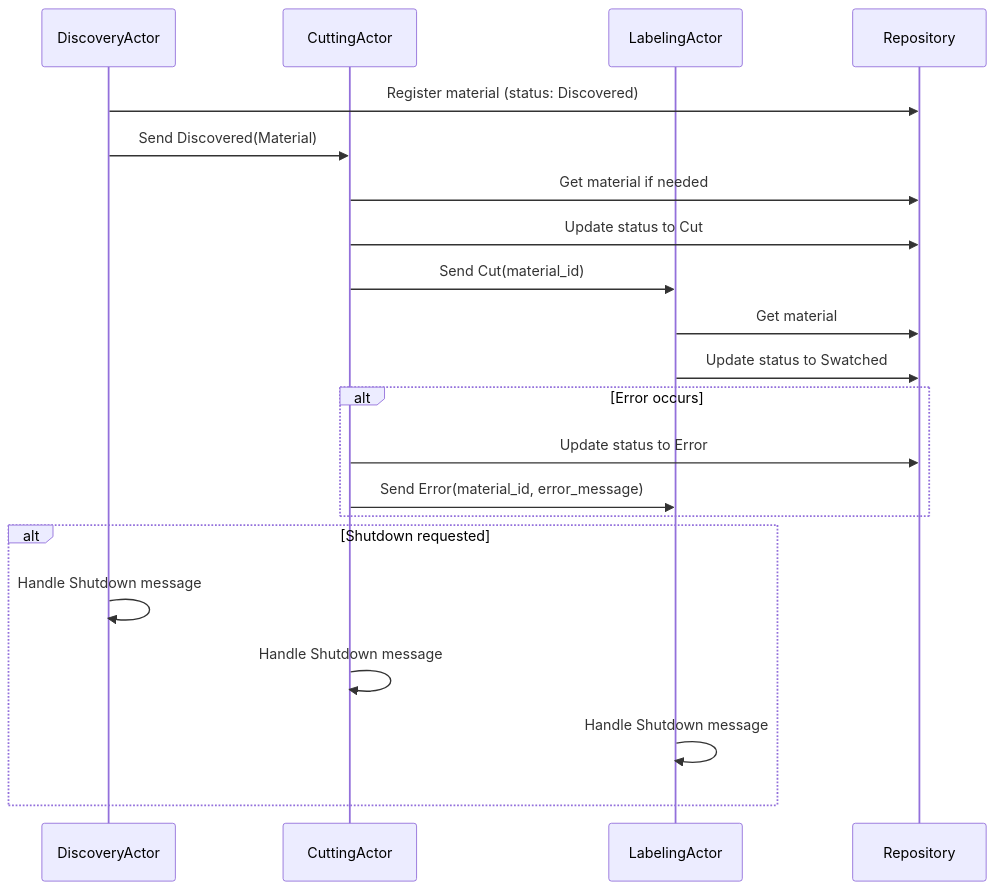
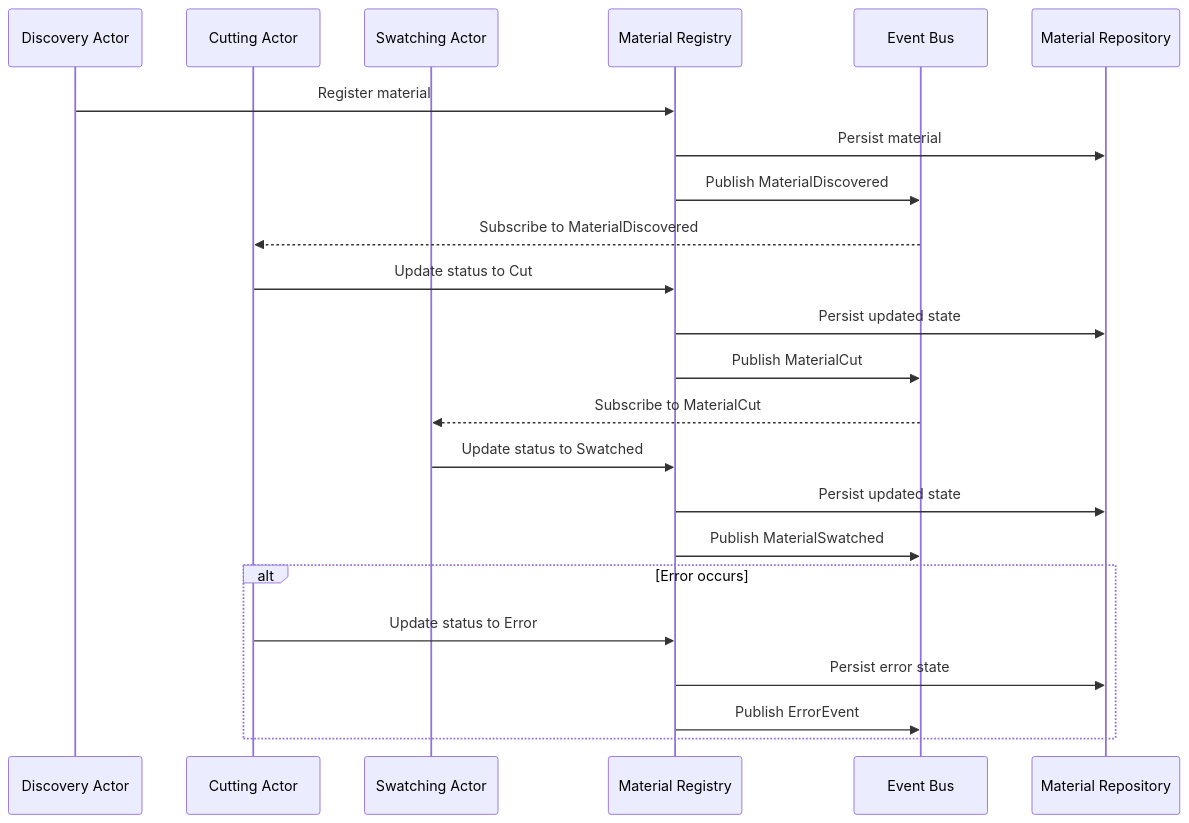
The second of 3 diagrams in memory-bank/systemPatterns.md (pandallel/quilt), drawn with Mermaid before and after one commit. The commit also changed other lines of this file and 24 other files, not shown here.

First line of the commit message:
Event-bus (#8)

````diff
--- a/memory-bank/systemPatterns.md
+++ b/memory-bank/systemPatterns.md
@@ -58,26 +67,27 @@
 ```mermaid
 sequenceDiagram
-    participant DiscoveryActor
-    participant CuttingActor
-    participant LabelingActor
-    participant Repository
+    participant DA as Discovery Actor
+    participant CA as Cutting Actor
+    participant SA as Swatching Actor
+    participant Reg as Material Registry
+    participant EB as Event Bus
+    participant Repo as Material Repository
 
-    DiscoveryActor->>Repository: Register material (status: Discovered)
-    DiscoveryActor->>CuttingActor: Send Discovered(Material)
-    CuttingActor->>Repository: Get material if needed
-    CuttingActor->>Repository: Update status to Cut
-    CuttingActor->>LabelingActor: Send Cut(material_id)
-    LabelingActor->>Repository: Get material
-    LabelingActor->>Repository: Update status to Swatched
+    DA->>Reg: Register material
+    Reg->>Repo: Persist material
+    Reg->>EB: Publish MaterialDiscovered
+    EB-->>CA: Subscribe to MaterialDiscovered
+    CA->>Reg: Update status to Cut
+    Reg->>Repo: Persist updated state
+    Reg->>EB: Publish MaterialCut
+    EB-->>SA: Subscribe to MaterialCut
+    SA->>Reg: Update status to Swatched
+    Reg->>Repo: Persist updated state
+    Reg->>EB: Publish MaterialSwatched
 
     alt Error occurs
-        CuttingActor->>Repository: Update status to Error
-        CuttingActor->>LabelingActor: Send Error(material_id, error_message)
-    end
-
-    alt Shutdown requested
-        DiscoveryActor->>DiscoveryActor: Handle Shutdown message
-        CuttingActor->>CuttingActor: Handle Shutdown message
-        LabelingActor->>LabelingActor: Handle Shutdown message
+        CA->>Reg: Update status to Error
+        Reg->>Repo: Persist error state
+        Reg->>EB: Publish ErrorEvent
     end
 ```
````
